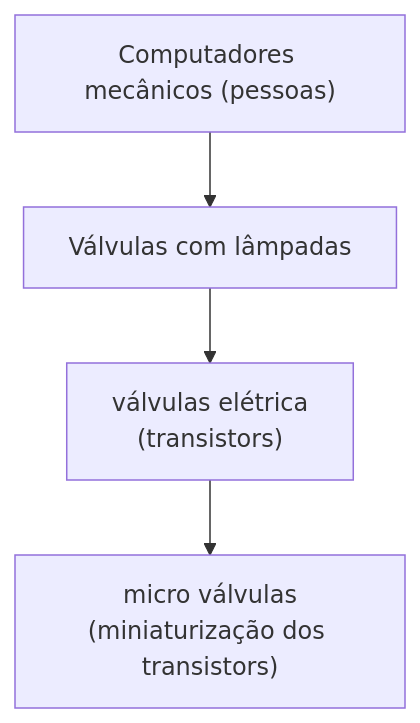
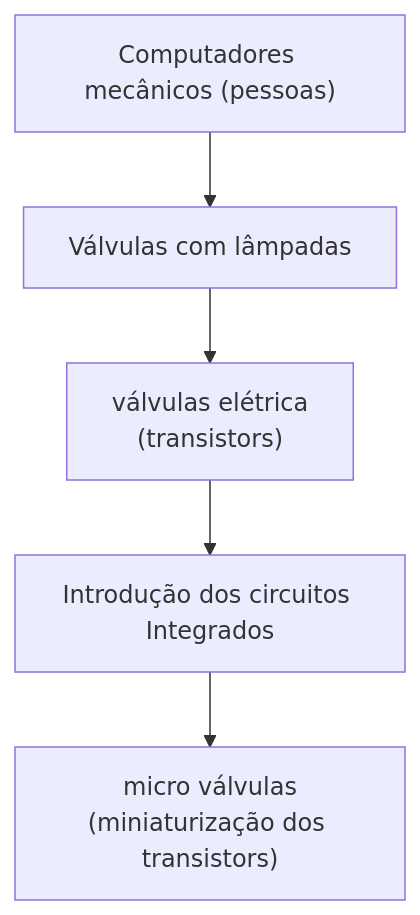
Before and after one commit to Nicky-Name05/NQU-NucleoQuanticoUnifor: the diagram in Palestras/Computação Quântica Unifor.md, drawn with Mermaid. The commit also changed other lines of this file and 6 other files, not shown here.

````diff
--- a/Palestras/Computação Quântica Unifor.md
+++ b/Palestras/Computação Quântica Unifor.md
@@ -17,15 +17,17 @@
 ```mermaid
 flowchart TD
 
 A["Computadores mecânicos (pessoas)"]
 B[Válvulas com lâmpadas]
 C["válvulas elétrica
 (transistors)"]
-D["micro válvulas
+D["Introdução dos circuitos Integrados"]
+E["micro válvulas
 (miniaturização dos transistors)"]
 
 A --> B;
 B --> C;
 C --> D;
+D --> E;
 
 ```
````
